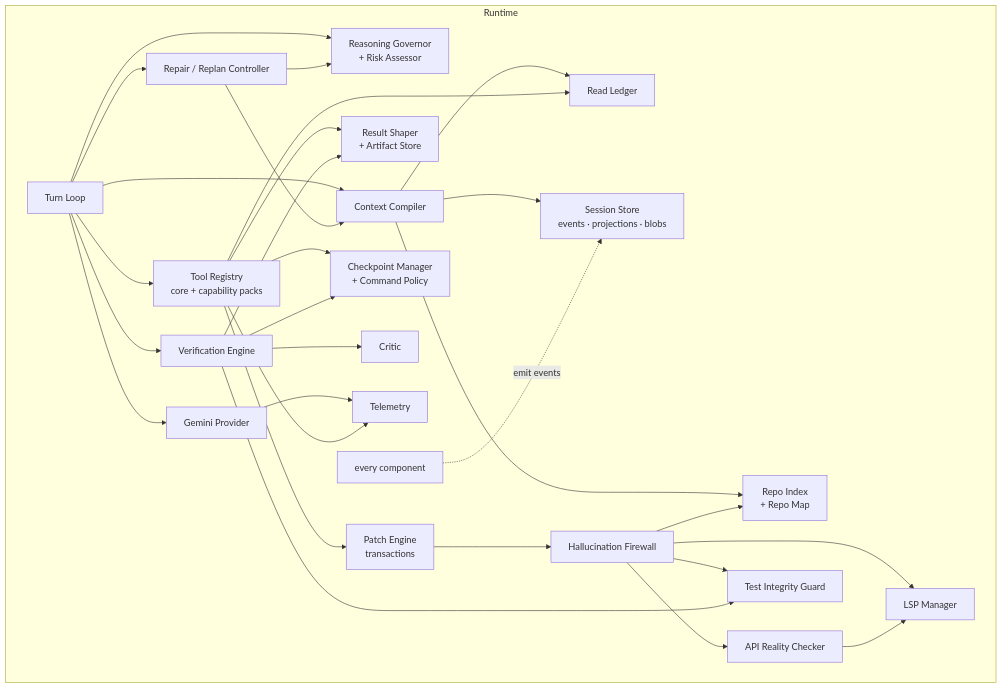
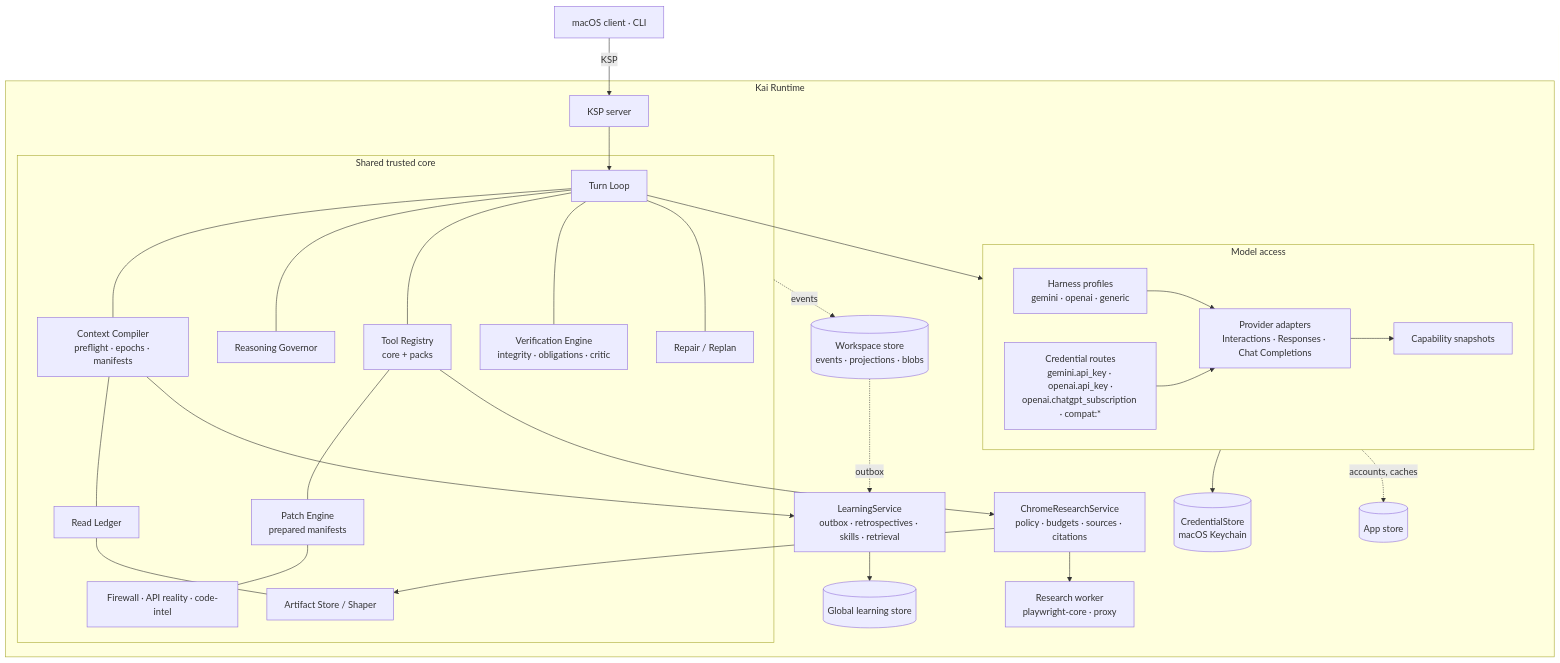
The second of 6 diagrams in ARCHITECTURE.md (Kai-0501/kai-agent-2.0), drawn with Mermaid before and after one commit. The commit also changed other lines of this file and 83 other files, not shown here.

First line of the commit message:
architecture: R1 release extension (macOS app, three routes, learning, Chrome research)

````diff
--- a/ARCHITECTURE.md
+++ b/ARCHITECTURE.md
@@ -51,53 +68,43 @@
 ```mermaid
 flowchart TB
-  subgraph Runtime
-    loop[Turn Loop]
-    gov[Reasoning Governor<br/>+ Risk Assessor]
-    cc[Context Compiler]
-    prov[Gemini Provider]
-    tools[Tool Registry<br/>core + capability packs]
-    ledger[Read Ledger]
-    shaper[Result Shaper<br/>+ Artifact Store]
-    patch[Patch Engine<br/>transactions]
-    fw[Hallucination Firewall]
-    api[API Reality Checker]
-    idx[Repo Index<br/>+ Repo Map]
-    lspm[LSP Manager]
-    ver[Verification Engine]
-    tig[Test Integrity Guard]
-    rep[Repair / Replan Controller]
-    crit[Critic]
-    ckpt[Checkpoint Manager<br/>+ Command Policy]
-    tel[Telemetry]
-    store[Session Store<br/>events · projections · blobs]
-    everything[every component]
+  client[macOS client · CLI] -- KSP --> api
+  subgraph Runtime[Kai Runtime]
+    api[KSP server]
+    subgraph Models[Model access]
+      direction LR
+      profiles[Harness profiles<br/>gemini · openai · generic]
+      routes[Credential routes<br/>gemini.api_key · openai.api_key ·<br/>openai.chatgpt_subscription · compat:*]
+      adapters[Provider adapters<br/>Interactions · Responses · Chat Completions]
+      snap[Capability snapshots]
+    end
+    subgraph Core[Shared trusted core]
+      loop[Turn Loop] --- cc[Context Compiler<br/>preflight · epochs · manifests]
+      loop --- gov[Reasoning Governor]
+      loop --- tools[Tool Registry<br/>core + packs]
+      tools --- patch[Patch Engine<br/>prepared manifests] --- fw[Firewall · API reality · code-intel]
+      loop --- ver[Verification Engine<br/>integrity · obligations · critic]
+      loop --- rep[Repair / Replan]
+      cc --- ledger[Read Ledger] --- art[Artifact Store / Shaper]
+    end
+    learn[LearningService<br/>outbox · retrospectives · skills · retrieval]
+    research[ChromeResearchService<br/>policy · budgets · sources · citations]
+    worker[Research worker<br/>playwright-core · proxy]
+    store[(Workspace store<br/>events · projections · blobs)]
+    lstore[(Global learning store)]
+    astore[(App store)]
+    kc[(CredentialStore<br/>macOS Keychain)]
   end
-  loop --> gov
-  loop --> cc
-  loop --> prov
-  loop --> tools
-  cc --> ledger
-  cc --> idx
-  cc --> store
-  tools --> ledger
-  tools --> shaper
-  tools --> patch
-  tools --> ckpt
-  patch --> fw
-  fw --> idx
-  fw --> lspm
-  fw --> api
-  fw --> tig
-  api --> lspm
-  ver --> shaper
-  ver --> tig
-  ver --> crit
-  ver --> ckpt
-  loop --> rep
-  rep --> gov
-  rep --> cc
-  loop --> ver
-  prov --> tel
-  tools --> tel
-  everything -.emit events.-> store
+  api --> loop
+  loop --> profiles
+  profiles --> adapters
+  routes --> adapters
+  routes --> kc
+  adapters --> snap
+  cc --> learn
+  tools --> research --> worker
+  research --> art
+  learn --> lstore
+  store -. outbox .-> learn
+  Core -. events .-> store
+  routes -. accounts, caches .-> astore
 ```
````
